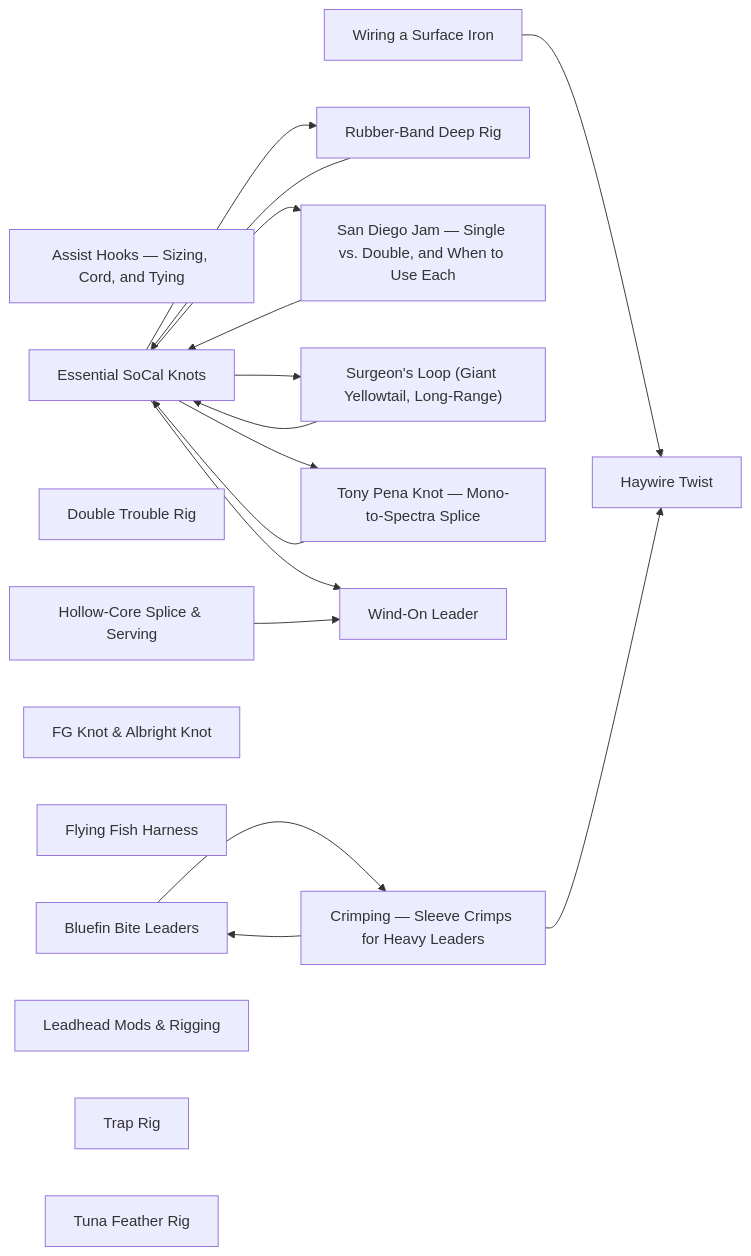
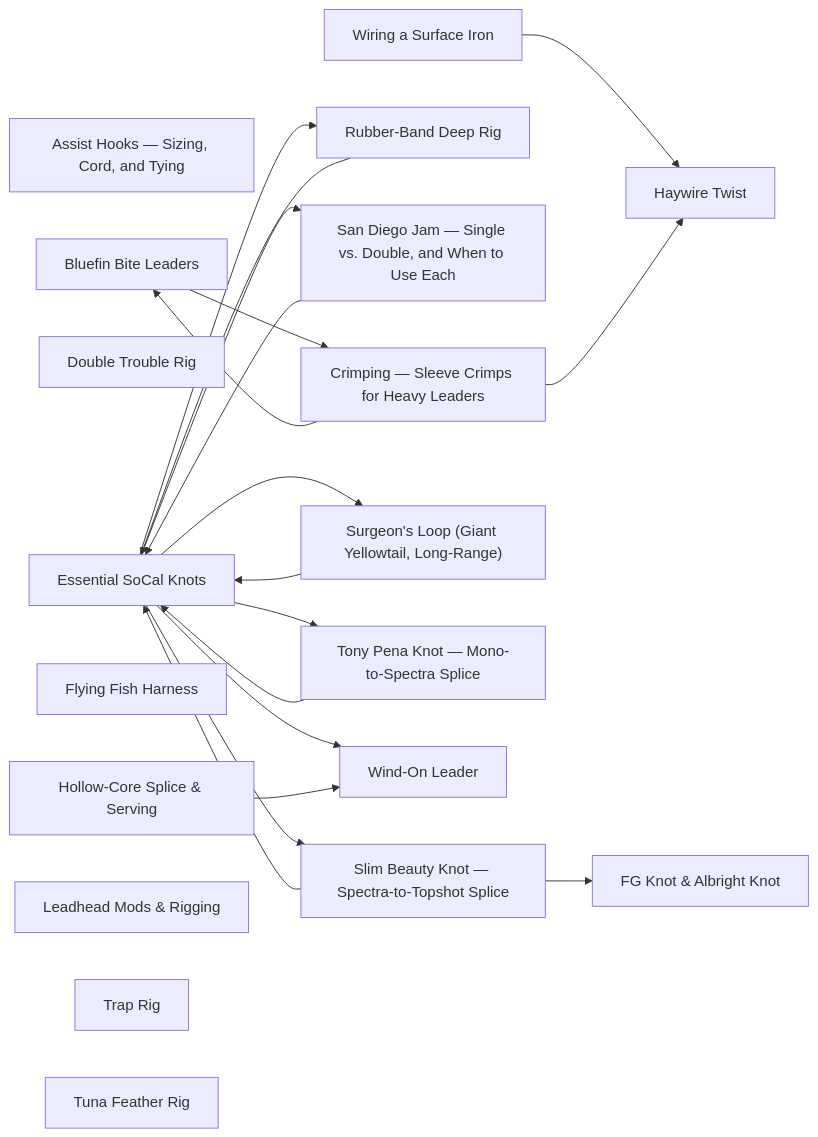
The diagram in rigging/README.md (camchuckpete-max/Socal-Fishing-Knowledge), drawn with Mermaid before and after one commit. The commit also changed other lines of this file and 4 other files, not shown here.

````diff
--- a/rigging/README.md
+++ b/rigging/README.md
@@ -31,35 +32,39 @@
 ```mermaid
 graph LR
   n0["Assist Hooks — Sizing, Cord, and Tying"]
   n1["Bluefin Bite Leaders"]
   n2["Crimping — Sleeve Crimps for Heavy Leaders"]
   n3["Double Trouble Rig"]
   n4["Essential SoCal Knots"]
   n5["FG Knot & Albright Knot"]
   n6["Flying Fish Harness"]
   n7["Haywire Twist"]
   n8["Hollow-Core Splice & Serving"]
   n9["Leadhead Mods & Rigging"]
   n10["Rubber-Band Deep Rig"]
   n11["San Diego Jam — Single vs. Double, and When to Use Each"]
-  n12["Surgeon's Loop (Giant Yellowtail, Long-Range)"]
-  n13["Tony Pena Knot — Mono-to-Spectra Splice"]
-  n14["Trap Rig"]
-  n15["Tuna Feather Rig"]
-  n16["Wind-On Leader"]
-  n17["Wiring a Surface Iron"]
+  n12["Slim Beauty Knot — Spectra-to-Topshot Splice"]
+  n13["Surgeon's Loop (Giant Yellowtail, Long-Range)"]
+  n14["Tony Pena Knot — Mono-to-Spectra Splice"]
+  n15["Trap Rig"]
+  n16["Tuna Feather Rig"]
+  n17["Wind-On Leader"]
+  n18["Wiring a Surface Iron"]
   n1 --> n2
   n10 --> n4
   n11 --> n4
   n12 --> n4
+  n12 --> n5
   n13 --> n4
-  n17 --> n7
+  n14 --> n4
+  n18 --> n7
   n2 --> n1
   n2 --> n7
   n4 --> n10
   n4 --> n11
   n4 --> n12
   n4 --> n13
-  n4 --> n16
-  n8 --> n16
+  n4 --> n14
+  n4 --> n17
+  n8 --> n17
 ```
````
